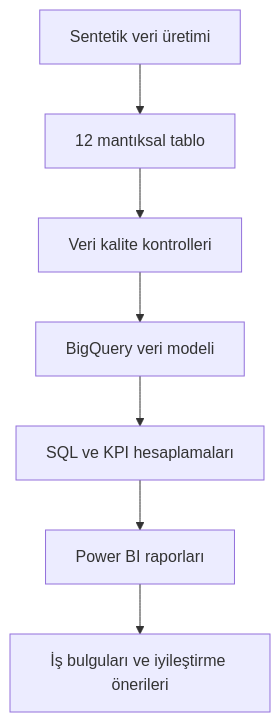
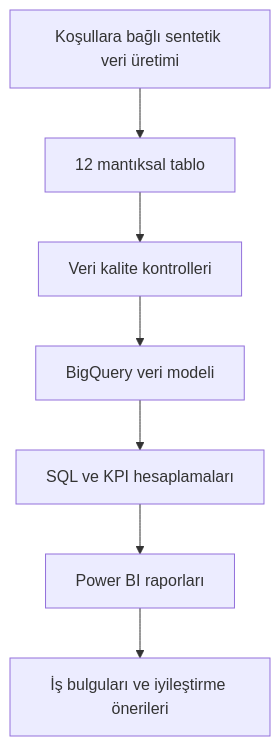
The second of 2 diagrams in data_model.md (kadirimeci/banking-operations-process-intelligence), drawn with Mermaid before and after one commit. The commit also changed other lines of this file, not shown here.

````diff
--- a/data_model.md
+++ b/data_model.md
@@ -106,9 +136,9 @@
 ```mermaid
 flowchart TD
-    A["Sentetik veri üretimi"] --> B["12 mantıksal tablo"]
+    A["Koşullara bağlı sentetik veri üretimi"] --> B["12 mantıksal tablo"]
     B --> C["Veri kalite kontrolleri"]
     C --> D["BigQuery veri modeli"]
     D --> E["SQL ve KPI hesaplamaları"]
     E --> F["Power BI raporları"]
     F --> G["İş bulguları ve iyileştirme önerileri"]
 ```
````
